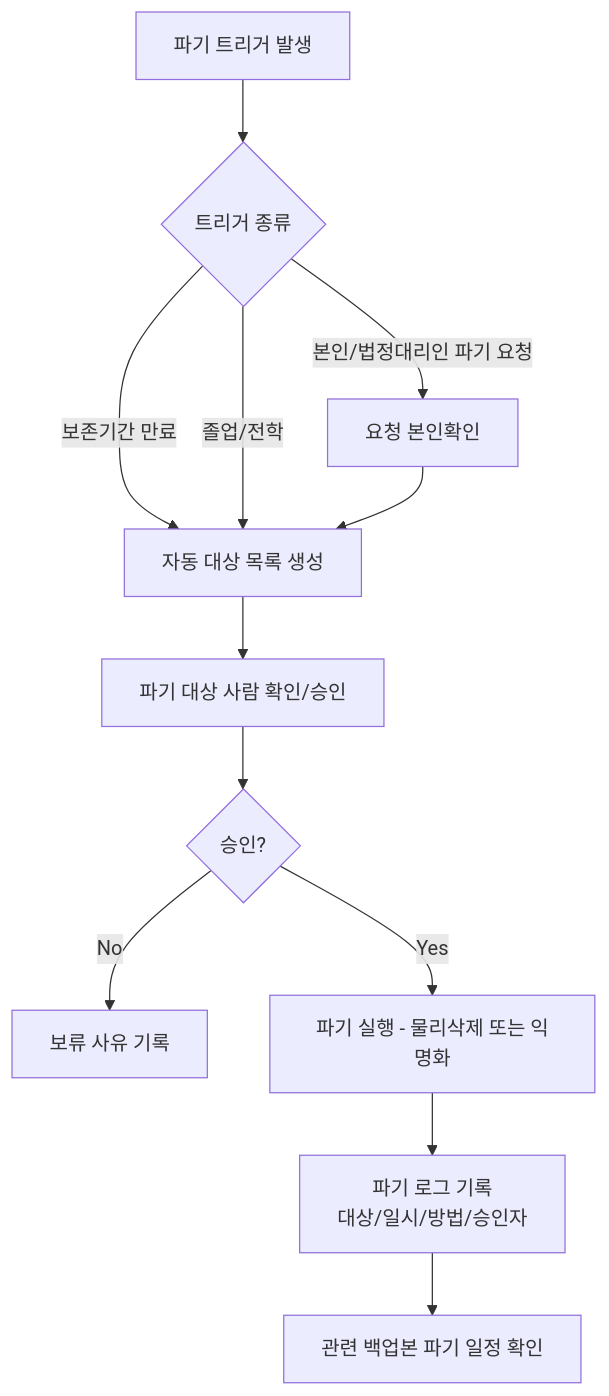
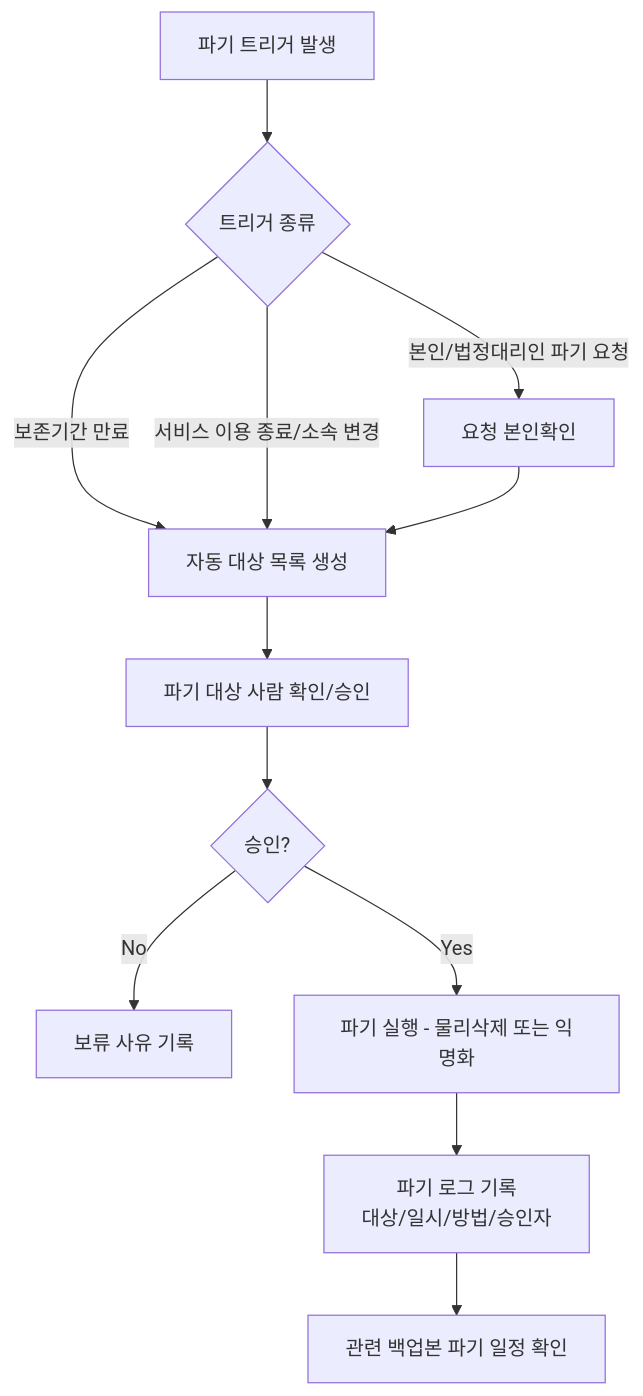
One commit to jcs19752510-ui/HARNESS_BASIC changed the first of 3 diagrams in harness/harness_10_data_lifecycle.md. Above: the diagram before and after it, drawn with Mermaid. The commit also changed 11 other files, not shown here.

````diff
--- a/harness/harness_10_data_lifecycle.md
+++ b/harness/harness_10_data_lifecycle.md
@@ -27,14 +27,14 @@
 ```mermaid
 flowchart TD
     A[파기 트리거 발생] --> B{트리거 종류}
     B -->|보존기간 만료| C[자동 대상 목록 생성]
-    B -->|졸업/전학| C
+    B -->|서비스 이용 종료/소속 변경| C
     B -->|본인/법정대리인 파기 요청| D[요청 본인확인]
     D --> C
     C --> E[파기 대상 사람 확인/승인]
     E --> F{승인?}
     F -- No --> G[보류 사유 기록]
     F -- Yes --> H[파기 실행 - 물리삭제 또는 익명화]
     H --> I["파기 로그 기록<br/>대상/일시/방법/승인자"]
     I --> J[관련 백업본 파기 일정 확인]
 ```
````
